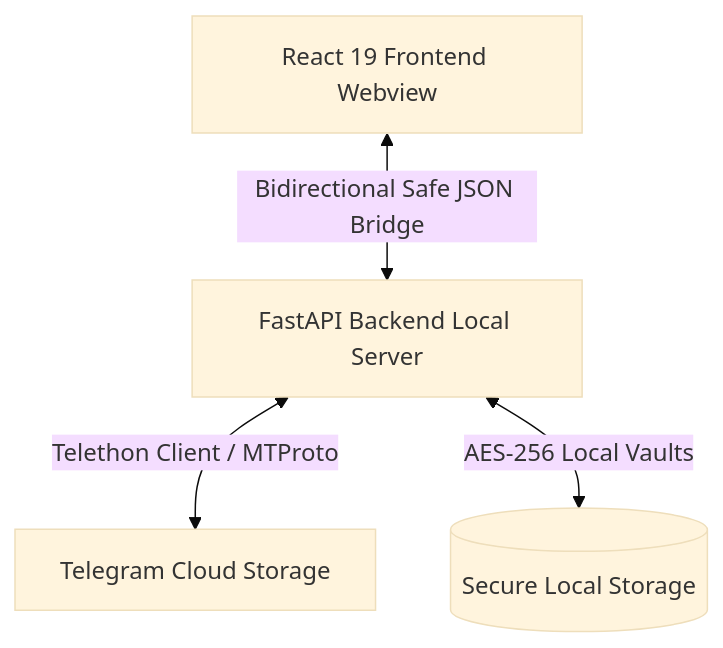
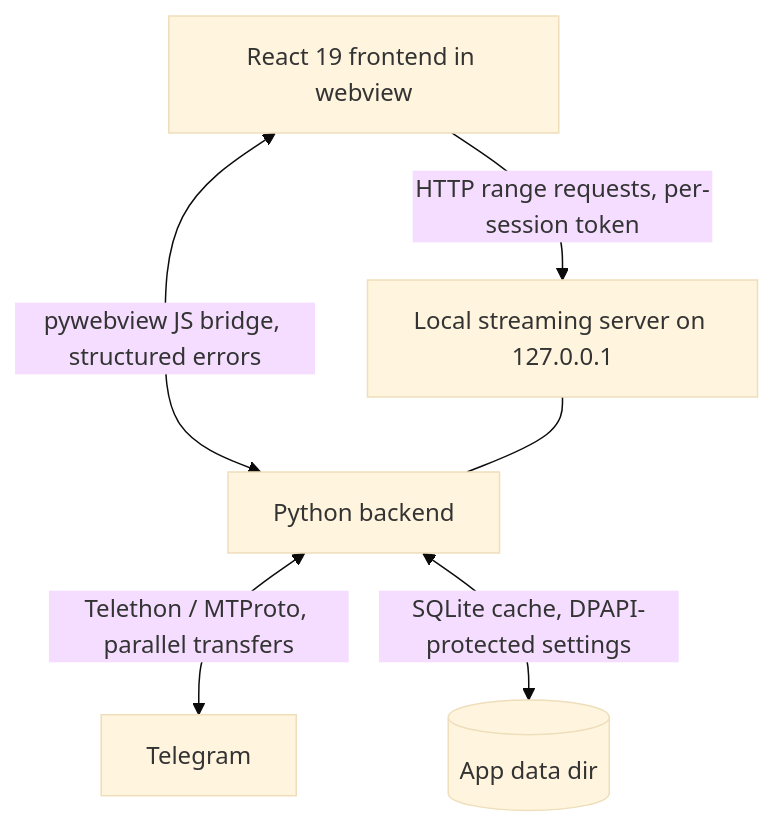
The diagram in README.md (jithin-jz/telegrab), drawn with Mermaid (base theme) before and after one commit. The commit also changed other lines of this file and 97 other files, not shown here.

````diff
--- a/README.md
+++ b/README.md
@@ -38,6 +40,8 @@
 ```mermaid
 graph TD
-    A[React 19 Frontend Webview] <-->|Bidirectional Safe JSON Bridge| B[FastAPI Backend Local Server]
-    B <-->|Telethon Client / MTProto| C[Telegram Cloud Storage]
-    B <-->|AES-256 Local Vaults| D[(Secure Local Storage)]
+    A[React 19 frontend in webview] <-->|pywebview JS bridge, structured errors| B[Python backend]
+    A -->|HTTP range requests, per-session token| S[Local streaming server on 127.0.0.1]
+    S --- B
+    B <-->|Telethon / MTProto, parallel transfers| C[Telegram]
+    B <-->|SQLite cache, DPAPI-protected settings| D[(App data dir)]
 ```
````
